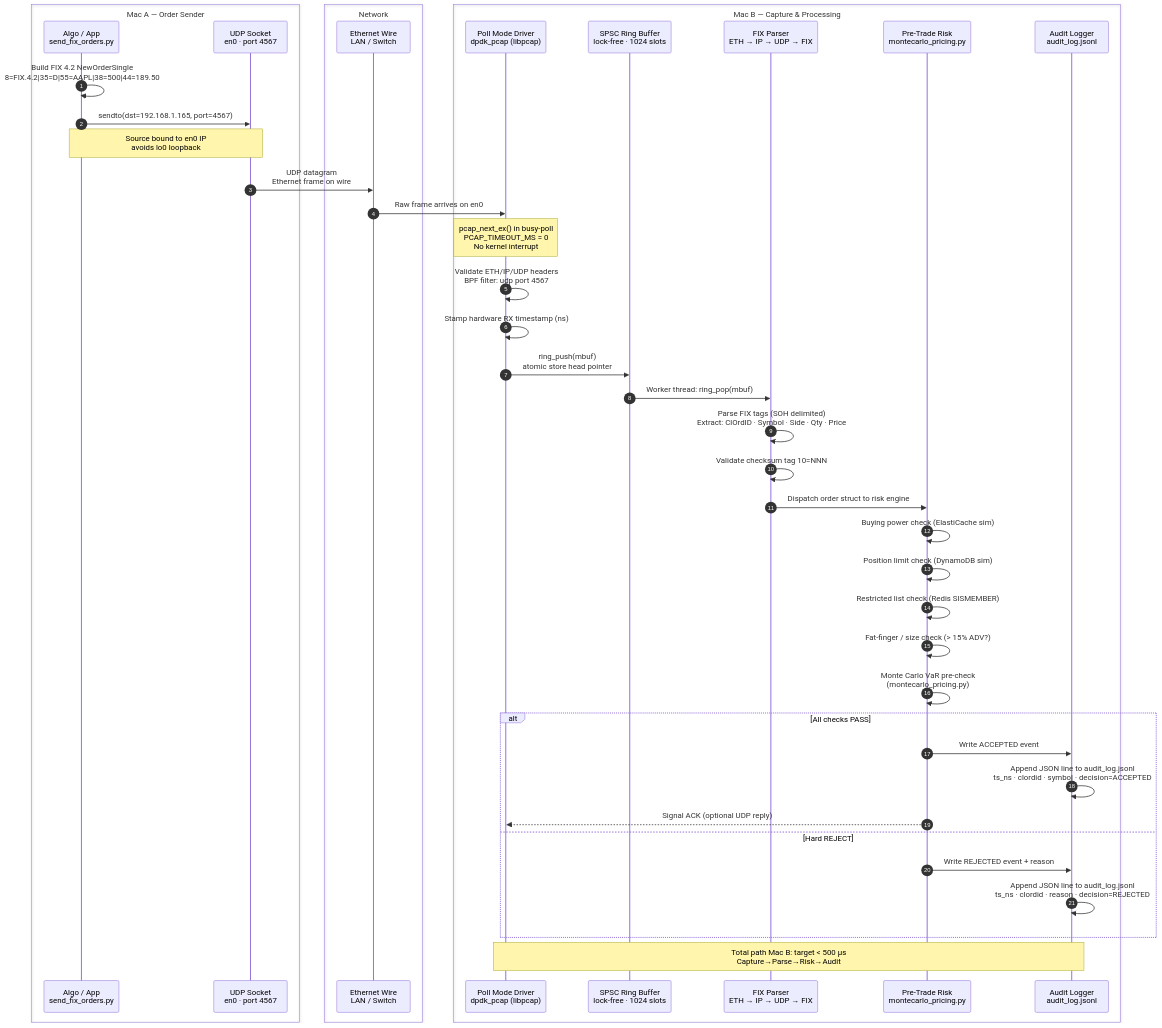
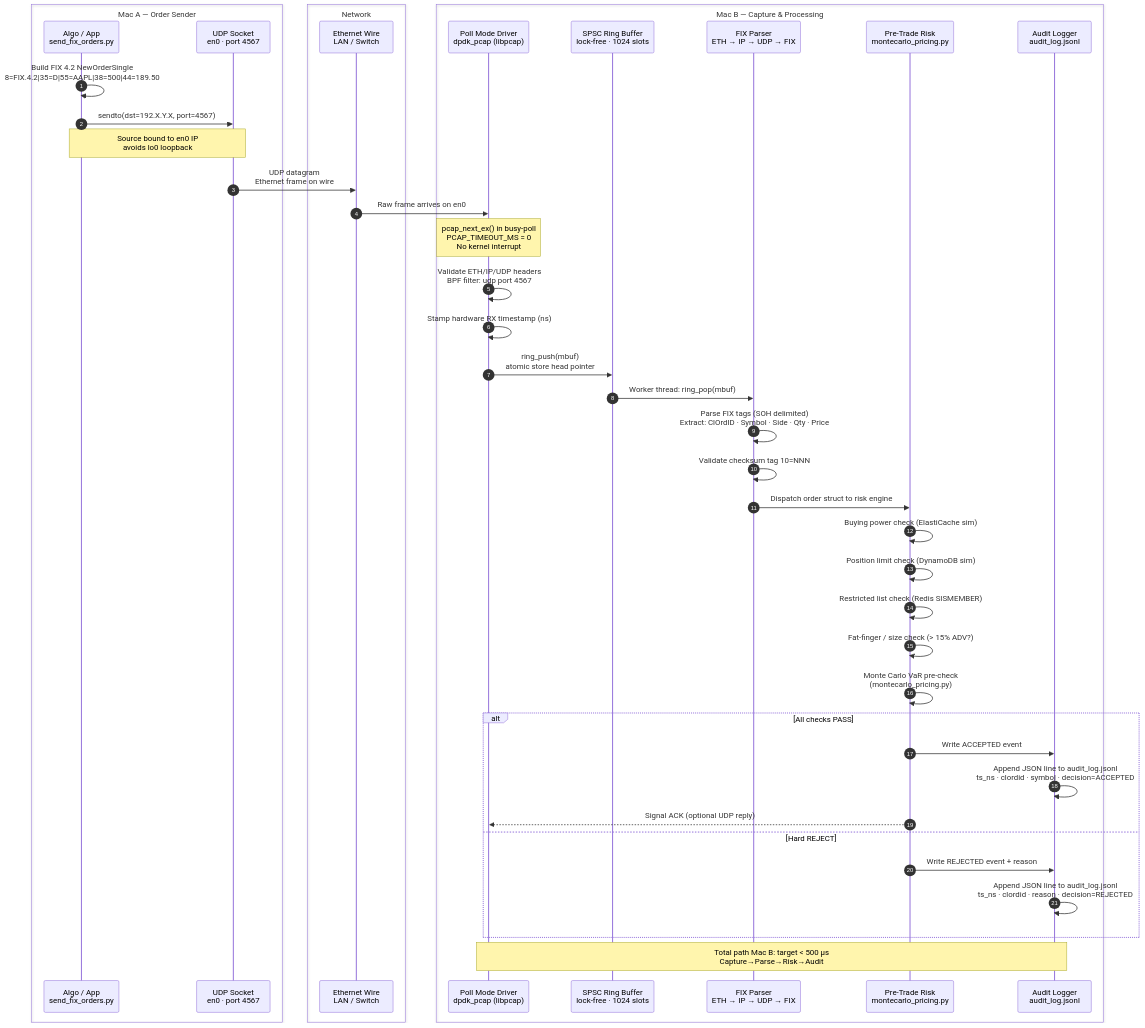
Before and after one commit to vpremk/DPDK: the first of 2 diagrams in README.md, drawn with Mermaid. The commit also changed other lines of this file and 7 other files, not shown here.

````diff
--- a/README.md
+++ b/README.md
@@ -342,56 +342,56 @@
 ```mermaid
 sequenceDiagram
     autonumber
 
     box Mac A — Order Sender
         participant APP  as Algo / App<br/>send_fix_orders.py
         participant SOCK as UDP Socket<br/>en0 · port 4567
     end
 
     box Network
         participant WIRE as Ethernet Wire<br/>LAN / Switch
     end
 
     box Mac B — Capture & Processing
         participant PMD  as Poll Mode Driver<br/>dpdk_pcap (libpcap)
         participant RING as SPSC Ring Buffer<br/>lock-free · 1024 slots
         participant FIX  as FIX Parser<br/>ETH → IP → UDP → FIX
         participant RISK as Pre-Trade Risk<br/>montecarlo_pricing.py
         participant AUDIT as Audit Logger<br/>audit_log.jsonl
     end
 
     APP->>APP: Build FIX 4.2 NewOrderSingle<br/>8=FIX.4.2|35=D|55=AAPL|38=500|44=189.50
-    APP->>SOCK: sendto(dst=192.168.1.165, port=4567)
+    APP->>SOCK: sendto(dst=192.X.Y.X, port=4567)
     note over APP,SOCK: Source bound to en0 IP<br/>avoids lo0 loopback
 
     SOCK->>WIRE: UDP datagram<br/>Ethernet frame on wire
 
     WIRE->>PMD: Raw frame arrives on en0
     note over PMD: pcap_next_ex() in busy-poll<br/>PCAP_TIMEOUT_MS = 0<br/>No kernel interrupt
 
     PMD->>PMD: Validate ETH/IP/UDP headers<br/>BPF filter: udp port 4567
     PMD->>PMD: Stamp hardware RX timestamp (ns)
     PMD->>RING: ring_push(mbuf)<br/>atomic store head pointer
 
     RING->>FIX: Worker thread: ring_pop(mbuf)
     FIX->>FIX: Parse FIX tags (SOH delimited)<br/>Extract: ClOrdID · Symbol · Side · Qty · Price
     FIX->>FIX: Validate checksum tag 10=NNN
 
     FIX->>RISK: Dispatch order struct to risk engine
     RISK->>RISK: Buying power check (ElastiCache sim)
     RISK->>RISK: Position limit check (DynamoDB sim)
     RISK->>RISK: Restricted list check (Redis SISMEMBER)
     RISK->>RISK: Fat-finger / size check (> 15% ADV?)
     RISK->>RISK: Monte Carlo VaR pre-check<br/>(montecarlo_pricing.py)
 
     alt All checks PASS
         RISK->>AUDIT: Write ACCEPTED event
         AUDIT->>AUDIT: Append JSON line to audit_log.jsonl<br/>ts_ns · clordid · symbol · decision=ACCEPTED
         RISK-->>PMD: Signal ACK (optional UDP reply)
     else Hard REJECT
         RISK->>AUDIT: Write REJECTED event + reason
         AUDIT->>AUDIT: Append JSON line to audit_log.jsonl<br/>ts_ns · clordid · reason · decision=REJECTED
     end
 
     note over PMD,AUDIT: Total path Mac B: target < 500 µs<br/>Capture→Parse→Risk→Audit
 ```
````
